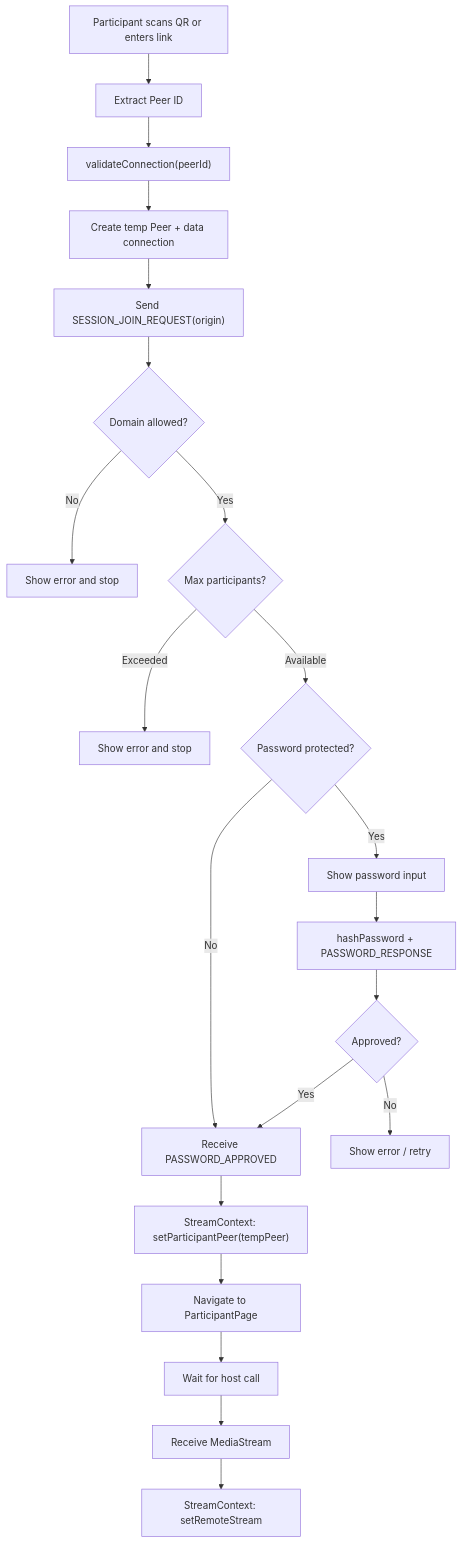
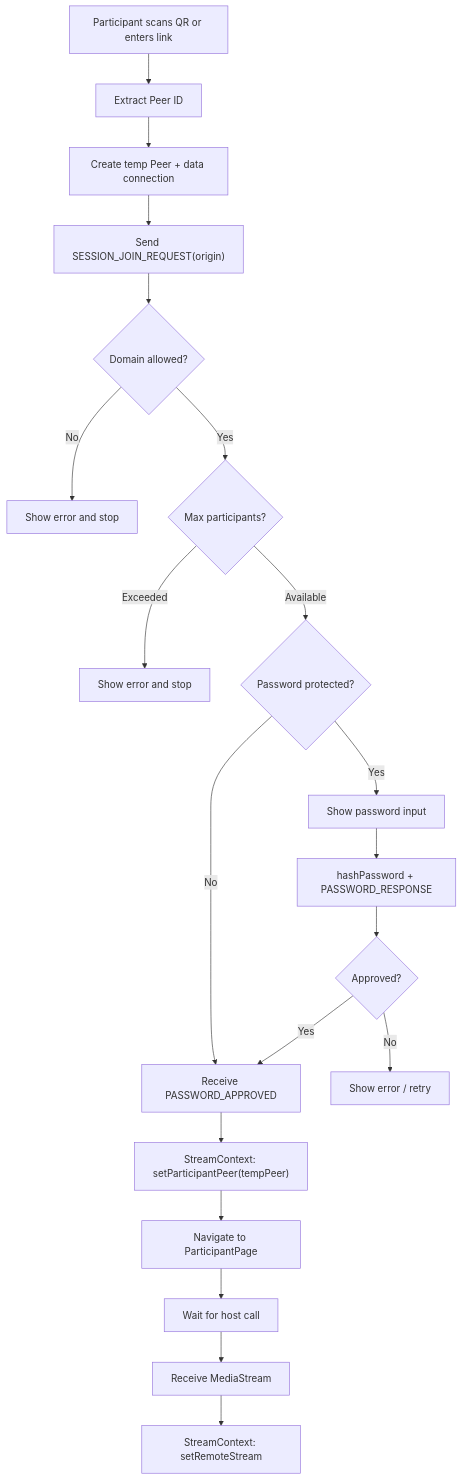
One commit to BackGwa/Perspective changed the fourth of 9 diagrams in ARCHITECTURE.md. Above: the diagram before and after it, drawn with Mermaid. The commit also changed other lines of this file and 1 other file, not shown here.

Commit message:
Simplify connection logic in ARCHITECTURE.md
- Removed redundant connection validation steps in diagrams.
- Added spacing adjustments to README for better readability.

````diff
--- a/ARCHITECTURE.md
+++ b/ARCHITECTURE.md
@@ -128,27 +124,26 @@
 ```mermaid
 flowchart TD
     A[Participant scans QR or enters link] --> B[Extract Peer ID]
-    B --> C["validateConnection(peerId)"]
-    C --> D[Create temp Peer + data connection]
-    D --> E["Send SESSION_JOIN_REQUEST(origin)"]
-    E --> F{Domain allowed?}
+    B --> C[Create temp Peer + data connection]
+    C --> D["Send SESSION_JOIN_REQUEST(origin)"]
+    D --> F{Domain allowed?}
 
     F -->|No| G[Show error and stop]
     F -->|Yes| H{Max participants?}
 
     H -->|Exceeded| I[Show error and stop]
     H -->|Available| J{Password protected?}
 
     J -->|No| K[Receive PASSWORD_APPROVED]
     J -->|Yes| L[Show password input]
     L --> M[hashPassword + PASSWORD_RESPONSE]
     M --> N{Approved?}
     N -->|No| O[Show error / retry]
     N -->|Yes| K
 
     K --> P["StreamContext: setParticipantPeer(tempPeer)"]
     P --> Q[Navigate to ParticipantPage]
     Q --> R[Wait for host call]
     R --> S[Receive MediaStream]
     S --> T[StreamContext: setRemoteStream]
 ```
````
